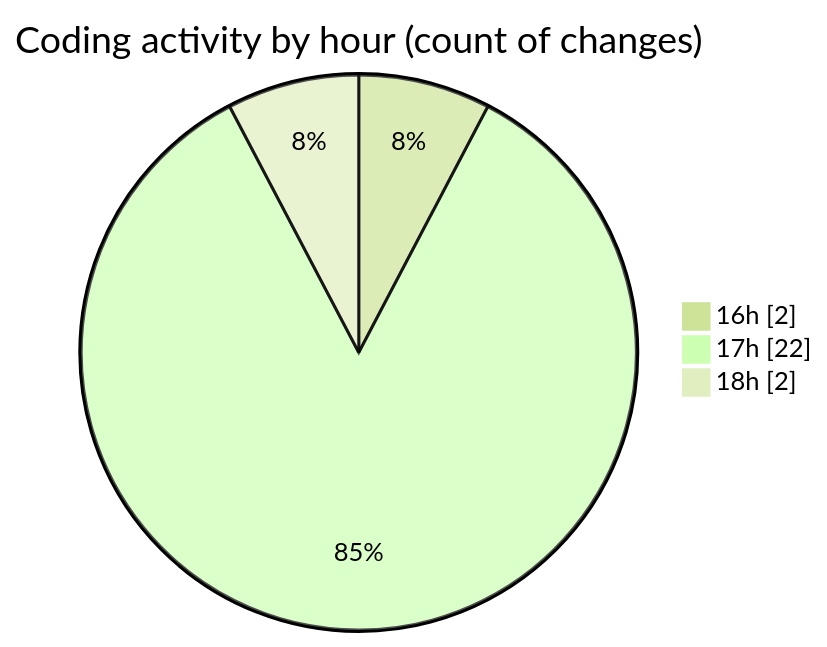
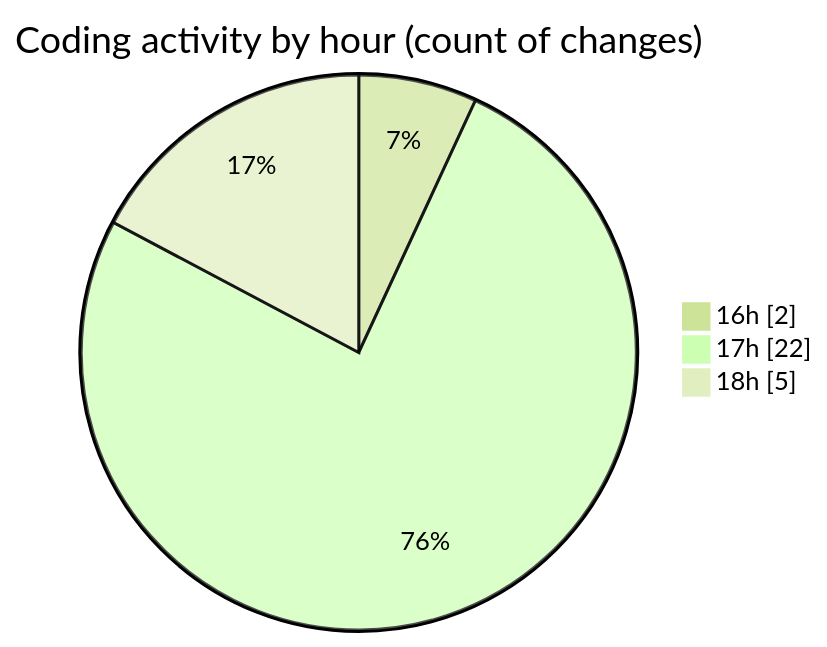
One commit to Elitesun/code-tracking changed the second of 2 diagrams in 2025-01-24/react/README.md. Above: the diagram before and after it, drawn with Mermaid (forest theme). The commit also changed other lines of this file and 1 other file, not shown here.

````diff
--- a/2025-01-24/react/README.md
+++ b/2025-01-24/react/README.md
@@ -34,7 +35,7 @@
 ```mermaid
 pie showData
 title Coding activity by hour (count of changes)
 "16h" : 2
 "17h" : 22
-"18h" : 2
+"18h" : 5
 ```
````
